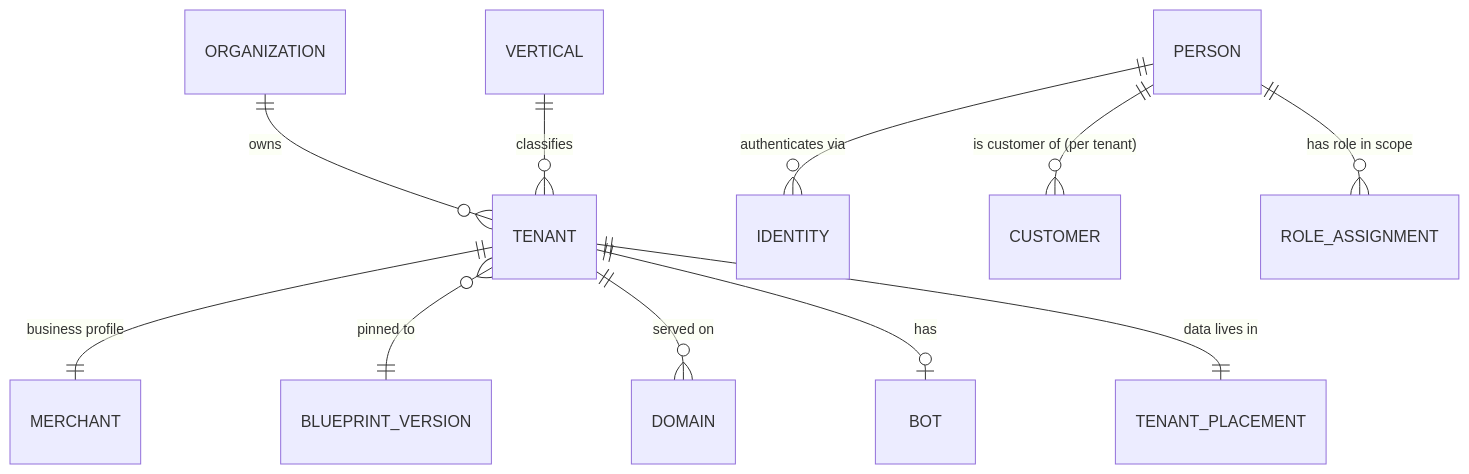
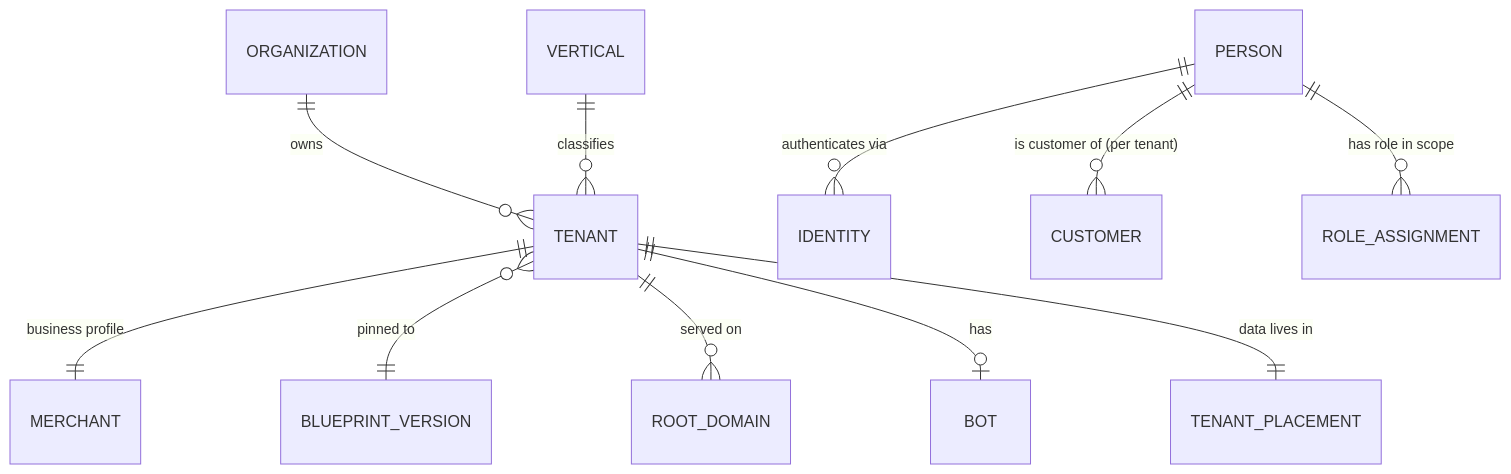
The diagram in docs/02_TENANCY.md (Nebiyu-Dejenie/arada), drawn with Mermaid before and after one commit. The commit also changed other lines of this file and 19 other files, not shown here.

First line of the commit message:
docs(architecture): align the architecture package with the charter

````diff
--- a/docs/02_TENANCY.md
+++ b/docs/02_TENANCY.md
@@ -19,13 +19,13 @@
 ```mermaid
 erDiagram
   ORGANIZATION ||--o{ TENANT : owns
   VERTICAL ||--o{ TENANT : classifies
   TENANT ||--|| MERCHANT : "business profile"
   TENANT }o--|| BLUEPRINT_VERSION : "pinned to"
-  TENANT ||--o{ DOMAIN : "served on"
+  TENANT ||--o{ ROOT_DOMAIN : "served on"
   TENANT ||--o| BOT : "has"
   TENANT ||--|| TENANT_PLACEMENT : "data lives in"
   PERSON ||--o{ IDENTITY : "authenticates via"
   PERSON ||--o{ CUSTOMER : "is customer of (per tenant)"
   PERSON ||--o{ ROLE_ASSIGNMENT : "has role in scope"
 ```
````
